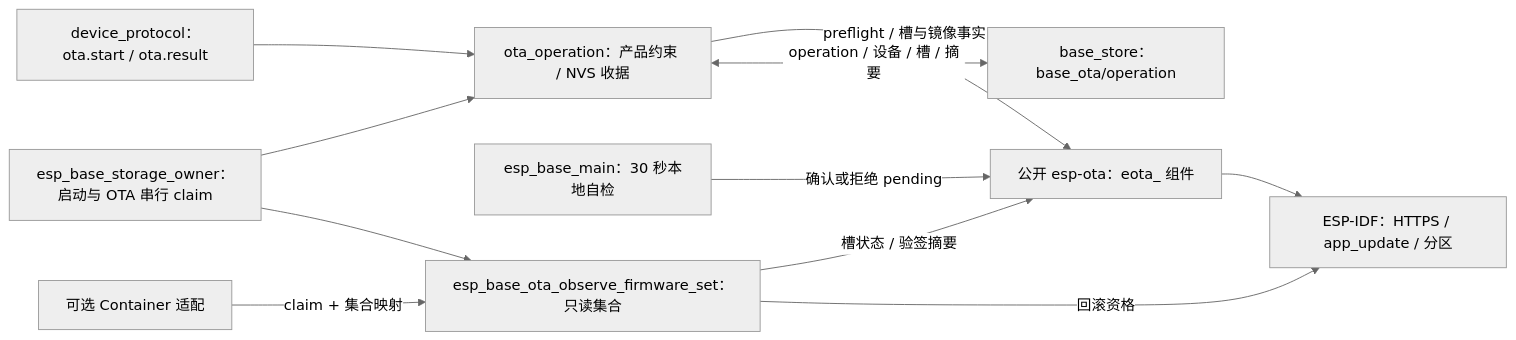
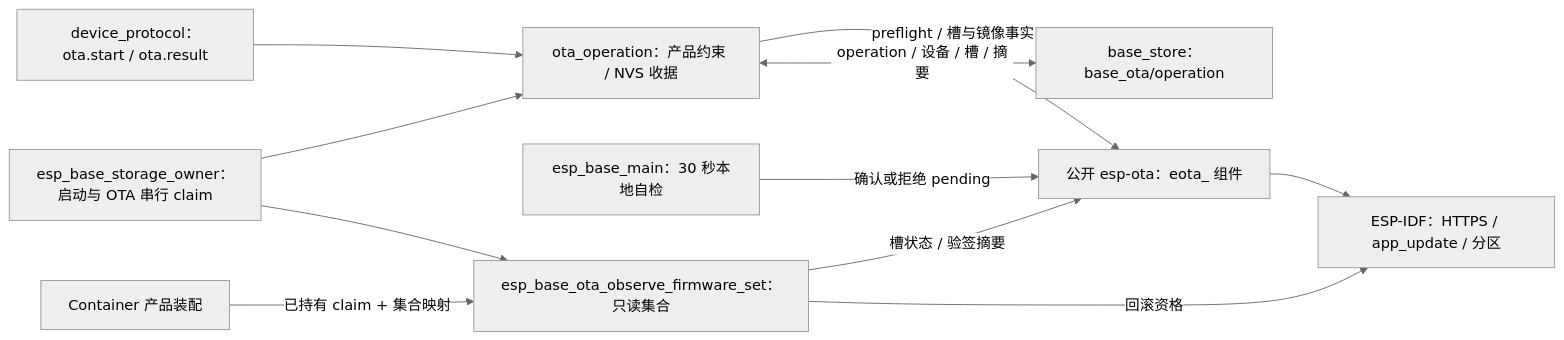
The diagram in firmware/components/ota_operation/README.md (darren-you/esp_base), drawn with Mermaid (neutral theme) before and after one commit. The commit also changed other lines of this file and 22 other files, not shown here.

````diff
--- a/firmware/components/ota_operation/README.md
+++ b/firmware/components/ota_operation/README.md
@@ -7,13 +7,13 @@
 ```mermaid
 flowchart LR
     protocol["device_protocol：ota.start / ota.result"] --> operation["ota_operation：产品约束 / NVS 收据"]
     operation -->|"preflight / 槽与镜像事实"| library["公开 esp-ota：eota_ 组件"]
     operation <-->|"operation / 设备 / 槽 / 摘要"| nvs["base_store：base_ota/operation"]
     library --> idf["ESP-IDF：HTTPS / app_update / 分区"]
     app["esp_base_main：30 秒本地自检"] -->|"确认或拒绝 pending"| library
     firmware_set["esp_base_ota_observe_firmware_set：只读集合"] -->|"槽状态 / 验签摘要"| library
     firmware_set -->|"回滚资格"| idf
     owner["esp_base_storage_owner：启动与 OTA 串行 claim"] --> operation
     owner --> firmware_set
-    binding["可选 Container 适配"] -->|"claim + 集合映射"| firmware_set
+    binding["Container 产品装配"] -->|"已持有 claim + 集合映射"| firmware_set
 ```
````
